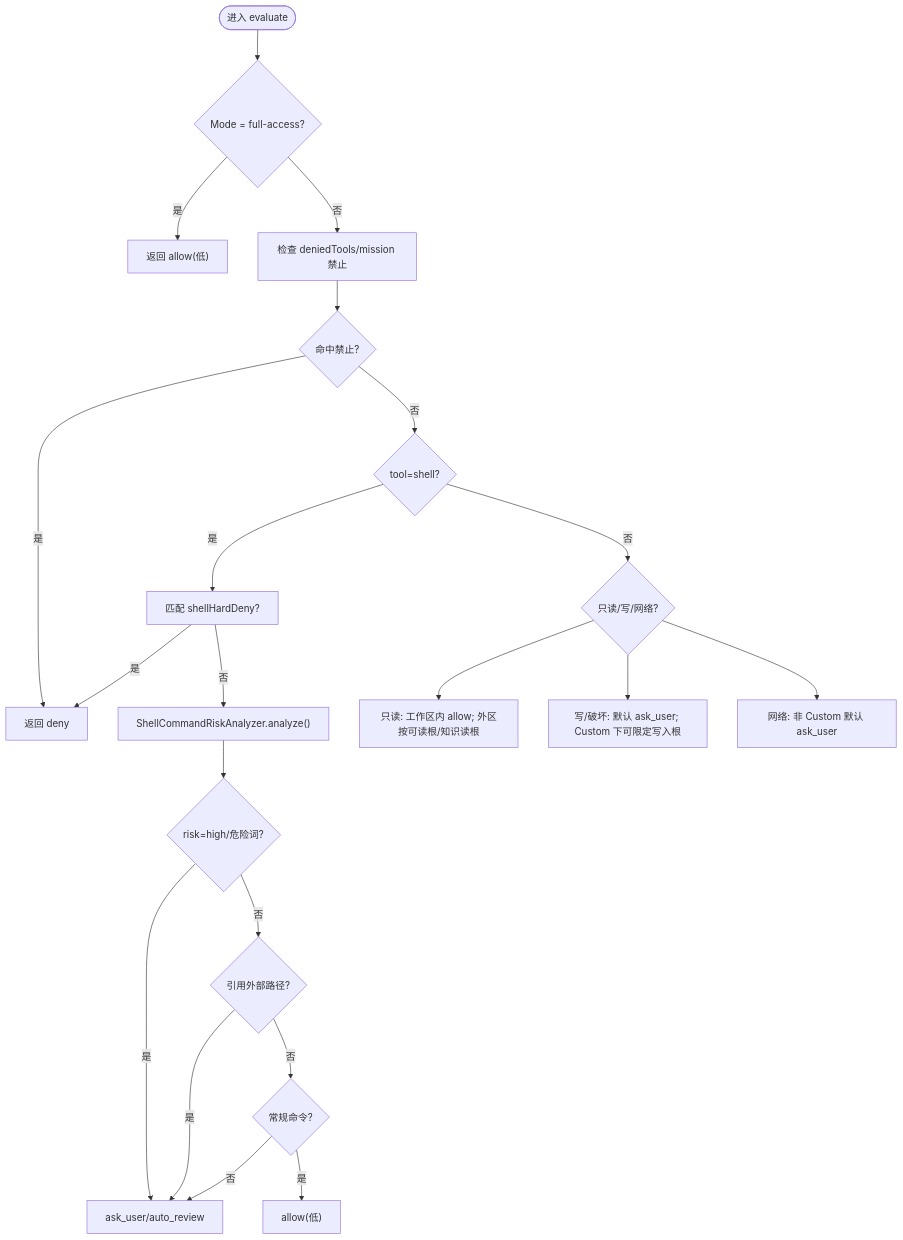
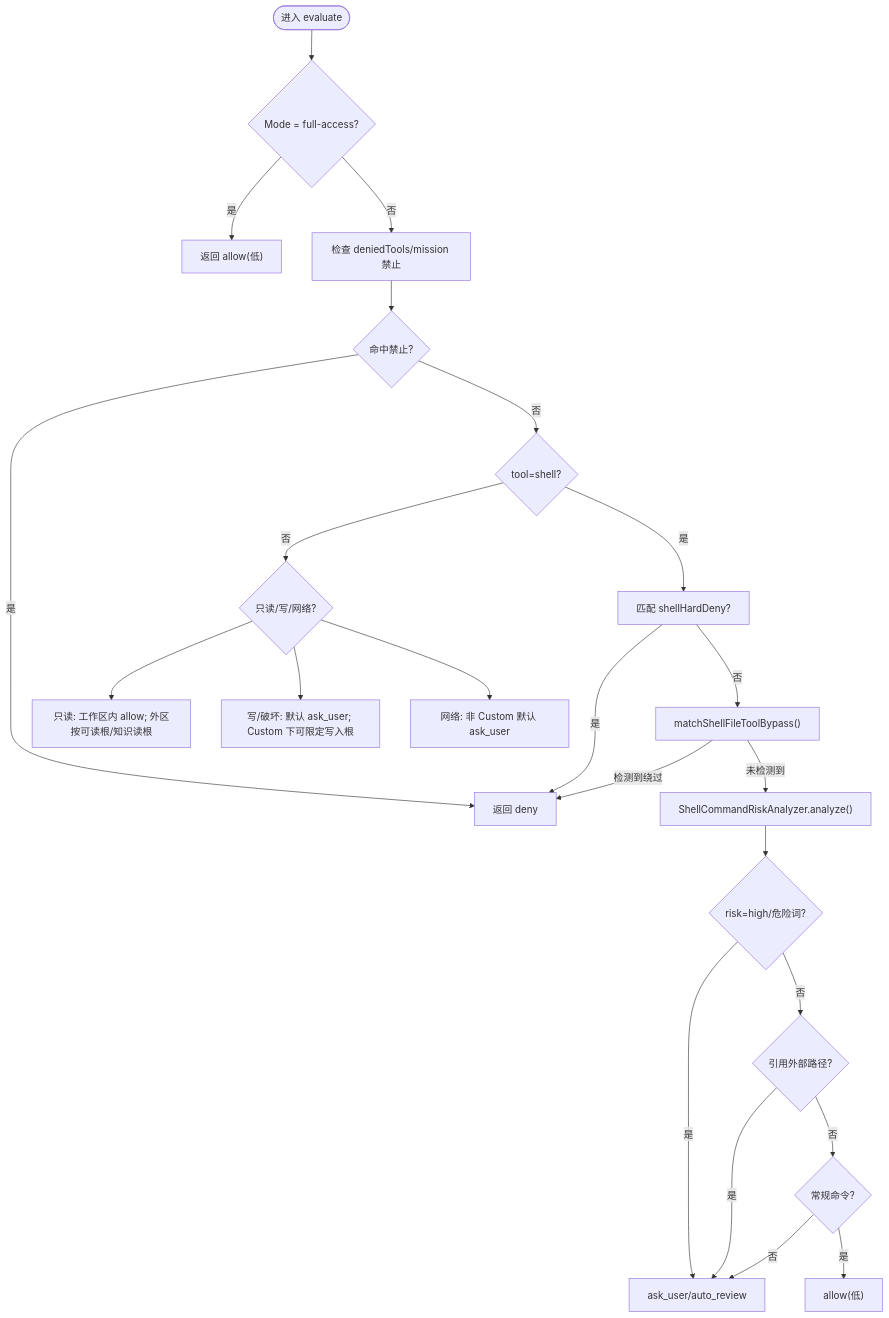
The third of 8 diagrams in .qoder/repowiki/zh/content/安全考虑/权限控制系统.md (haolange/RDC-Agent), drawn with Mermaid before and after one commit. The commit also changed other lines of this file and 85 other files, not shown here.

````diff
--- a/.qoder/repowiki/zh/content/安全考虑/权限控制系统.md
+++ b/.qoder/repowiki/zh/content/安全考虑/权限控制系统.md
@@ -147,23 +189,25 @@
 ```mermaid
 flowchart TD
 Start(["进入 evaluate"]) --> Mode{"Mode = full-access?"}
 Mode --> |是| AllowAll["返回 allow(低)"]
 Mode --> |否| CheckDeny["检查 deniedTools/mission 禁止"]
 CheckDeny --> DenyCheck{"命中禁止?"}
 DenyCheck --> |是| Deny["返回 deny"]
 DenyCheck --> |否| ShellCheck{"tool=shell?"}
 ShellCheck --> |是| HardDeny["匹配 shellHardDeny?"]
 HardDeny --> |是| Deny
-HardDeny --> |否| Analyze["ShellCommandRiskAnalyzer.analyze()"]
+HardDeny --> |否| BypassCheck["matchShellFileToolBypass()"]
+BypassCheck --> |检测到绕过| Deny
+BypassCheck --> |未检测到| Analyze["ShellCommandRiskAnalyzer.analyze()"]
 Analyze --> Route{"risk=high/危险词?"}
 Route --> |是| AskUser["ask_user/auto_review"]
 Route --> |否| PathCheck{"引用外部路径?"}
 PathCheck --> |是| AskUser
 PathCheck --> |否| Routine{"常规命令?"}
 Routine --> |是| Allow["allow(低)"]
 Routine --> |否| AskUser
 ShellCheck --> |否| FileOps{"只读/写/网络?"}
 FileOps --> Read["只读: 工作区内 allow; 外区按可读根/知识读根"]
 FileOps --> Write["写/破坏: 默认 ask_user; Custom 下可限定写入根"]
 FileOps --> Net["网络: 非 Custom 默认 ask_user"]
 ```
````
